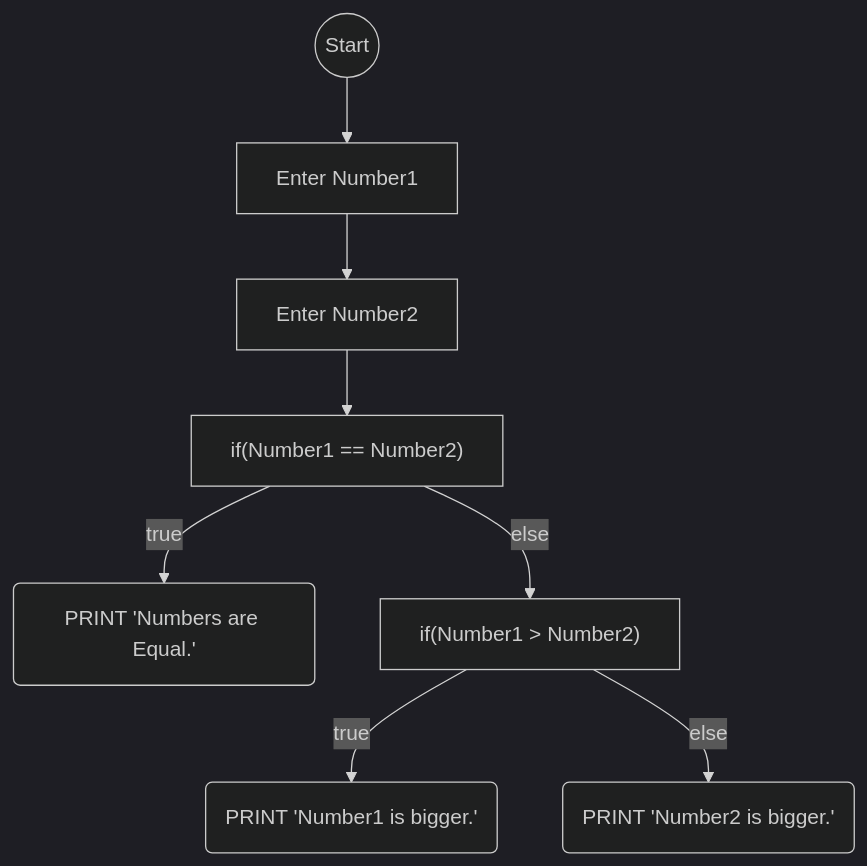
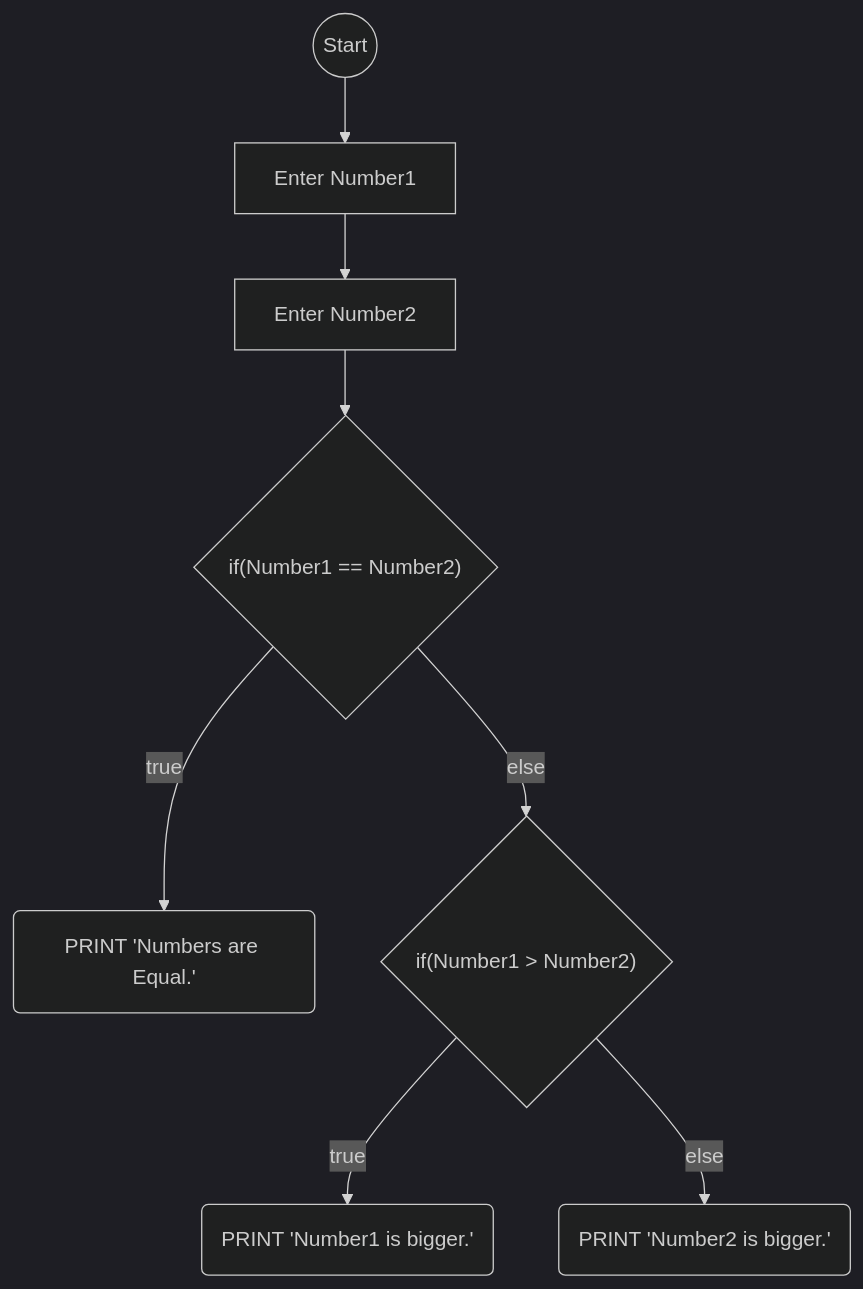
One commit to amydevs/php-assignments changed the fifth of 5 diagrams in 2binary/README.md. Above: the diagram before and after it, drawn with Mermaid (dark theme). The commit also changed other lines of this file and 3 other files, not shown here.

Commit message:
updated graphs

````diff
--- a/2binary/README.md
+++ b/2binary/README.md
@@ -87,18 +88,18 @@
 ``` mermaid
 graph TD
 	Start(("Start"))
 	Number1["Enter Number1"]
 	Number2["Enter Number2"]
-    A["if(Number1 == Number2)"]
+    A{"if(Number1 == Number2)"}
     B("PRINT 'Numbers are Equal.'")
     
-    C["if(Number1 > Number2)"]
+    C{"if(Number1 > Number2)"}
     D("PRINT 'Number1 is bigger.'")
     F("PRINT 'Number2 is bigger.'")
     
     Start --> Number1 --> Number2 --> A
     A --> |true| B
     A --> |else| C
     C --> |true| D
     C --> |else| F
 ```
````
